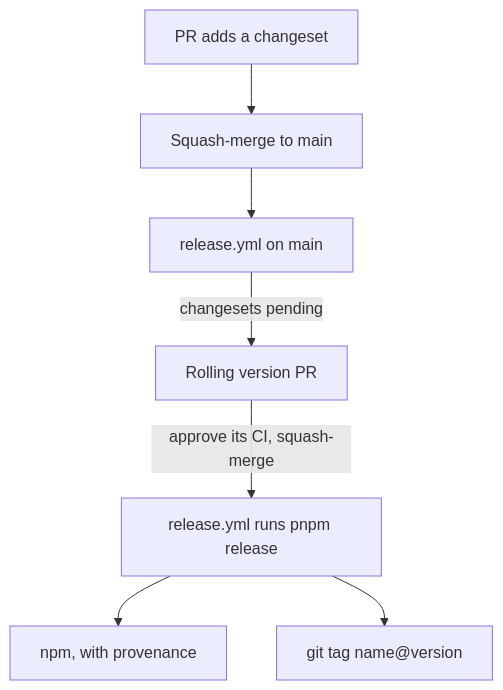
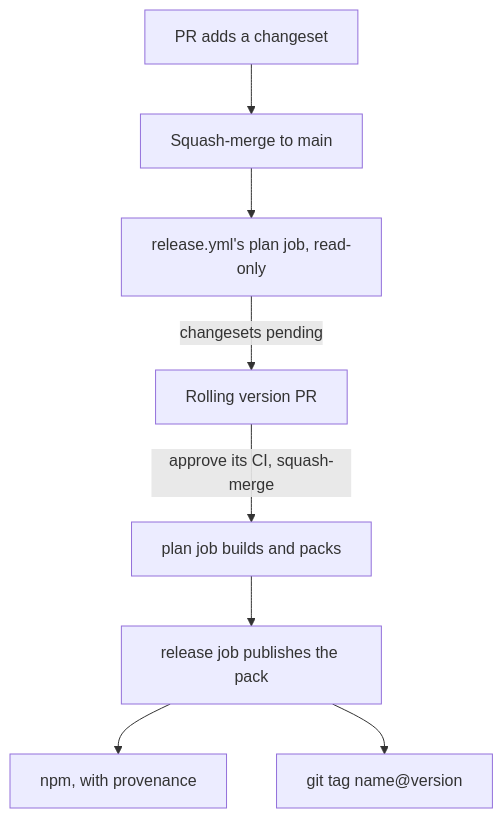
Before and after one commit to jjloneman/jj-kit: the second of 2 diagrams in docs/references/architecture.md, drawn with Mermaid. The commit also changed other lines of this file and 32 other files, not shown here.

First line of the commit message:
refactor(actions): 🏗️ use changesets' publish plan and build the release without write access (#29)

````diff
--- a/docs/references/architecture.md
+++ b/docs/references/architecture.md
@@ -116,9 +124,10 @@
 ```mermaid
 graph TD
   pr["PR adds a changeset"] --> merge["Squash-merge to main"]
-  merge --> release["release.yml on main"]
-  release -->|"changesets pending"| versionpr["Rolling version PR"]
-  versionpr -->|"approve its CI, squash-merge"| publish["release.yml runs pnpm release"]
+  merge --> plan["release.yml's plan job, read-only"]
+  plan -->|"changesets pending"| versionpr["Rolling version PR"]
+  versionpr -->|"approve its CI, squash-merge"| pack["plan job builds and packs"]
+  pack --> publish["release job publishes the pack"]
   publish --> npm["npm, with provenance"]
   publish --> tag["git tag name@version"]
 ```
````
